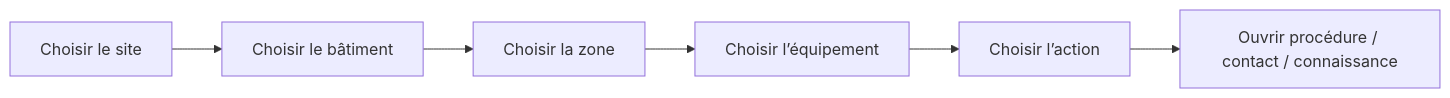
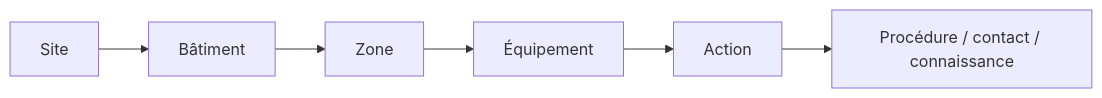
One commit to jeffersonkuku/jefferson-Mawapanga-Saku changed the second of 2 diagrams in projects/building-operations-hub/README.md. Above: the diagram before and after it, drawn with Mermaid. The commit also changed other lines of this file and 2 other files, not shown here.

````diff
--- a/projects/building-operations-hub/README.md
+++ b/projects/building-operations-hub/README.md
@@ -85,8 +77,8 @@
 ```mermaid
 flowchart LR
-    A[Choisir le site] --> B[Choisir le bâtiment]
-    B --> C[Choisir la zone]
-    C --> D[Choisir l’équipement]
-    D --> E[Choisir l’action]
-    E --> F[Ouvrir procédure / contact / connaissance]
+    A[Site] --> B[Bâtiment]
+    B --> C[Zone]
+    C --> D[Équipement]
+    D --> E[Action]
+    E --> F[Procédure / contact / connaissance]
 ```
````
